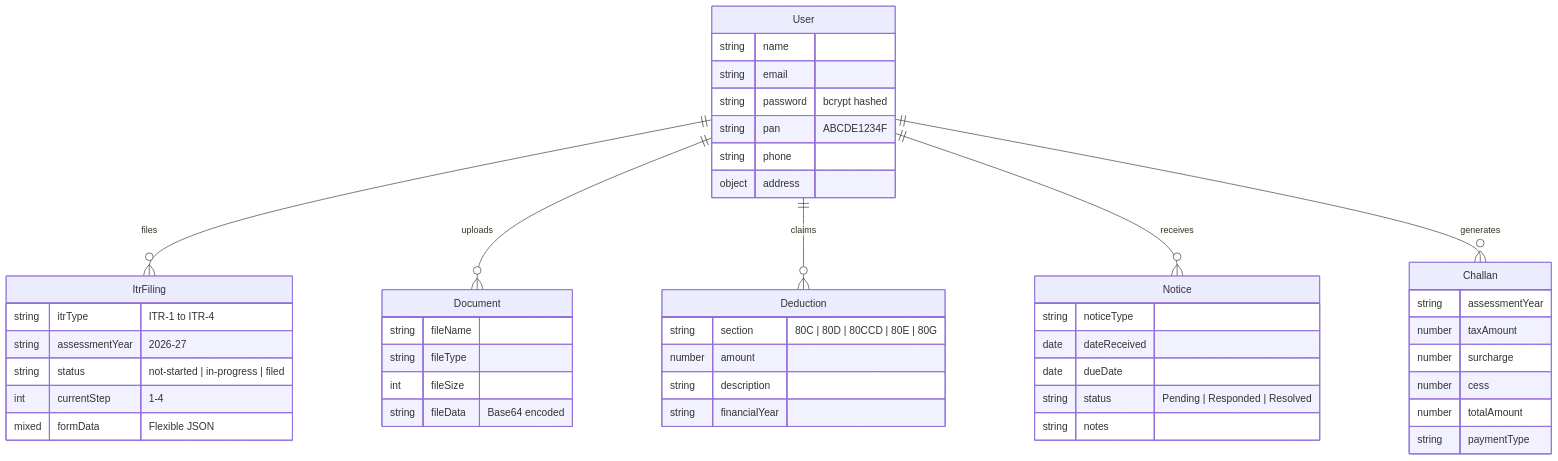
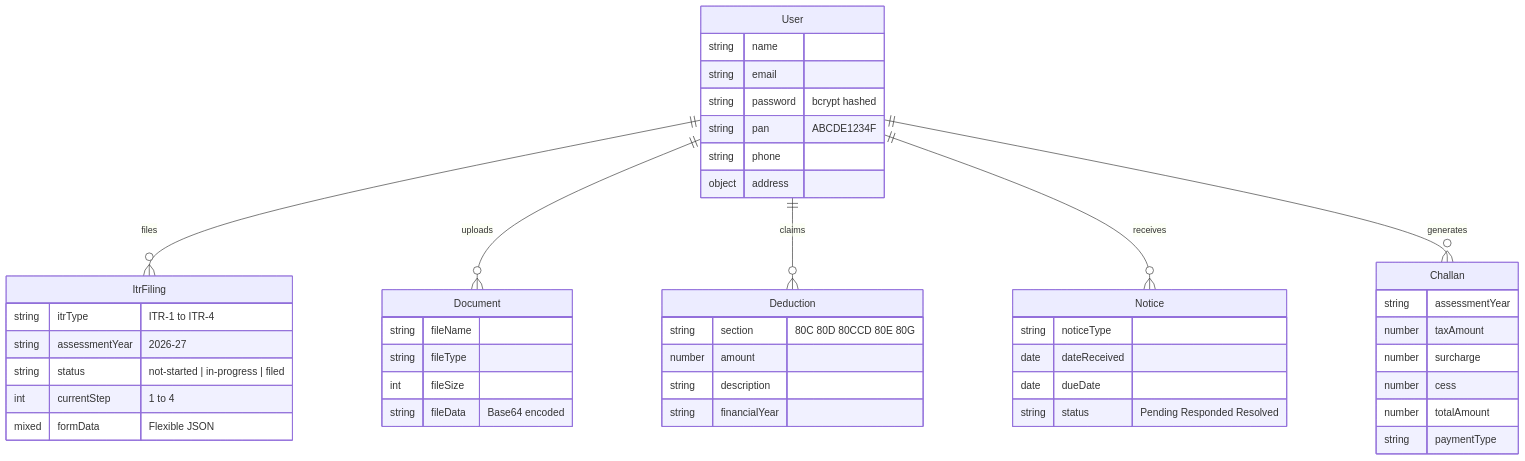
The second of 2 diagrams in README.md (Vinaysukhwal/SmartTax), drawn with Mermaid before and after one commit. The commit also changed other lines of this file, not shown here.

````diff
--- a/README.md
+++ b/README.md
@@ -309,56 +343,55 @@
 ```mermaid
 erDiagram
     User ||--o{ ItrFiling : "files"
     User ||--o{ Document : "uploads"
     User ||--o{ Deduction : "claims"
     User ||--o{ Notice : "receives"
     User ||--o{ Challan : "generates"
 
     User {
         string name
         string email
         string password "bcrypt hashed"
         string pan "ABCDE1234F"
         string phone
         object address
     }
 
     ItrFiling {
         string itrType "ITR-1 to ITR-4"
         string assessmentYear "2026-27"
         string status "not-started | in-progress | filed"
-        int currentStep "1-4"
+        int currentStep "1 to 4"
         mixed formData "Flexible JSON"
     }
 
     Document {
         string fileName
         string fileType
         int fileSize
         string fileData "Base64 encoded"
     }
 
     Deduction {
-        string section "80C | 80D | 80CCD | 80E | 80G"
+        string section "80C 80D 80CCD 80E 80G"
         number amount
         string description
         string financialYear
     }
 
     Notice {
         string noticeType
         date dateReceived
         date dueDate
-        string status "Pending | Responded | Resolved"
-        string notes
+        string status "Pending Responded Resolved"
     }
 
     Challan {
         string assessmentYear
         number taxAmount
         number surcharge
         number cess
         number totalAmount
         string paymentType
     }
 ```
````
